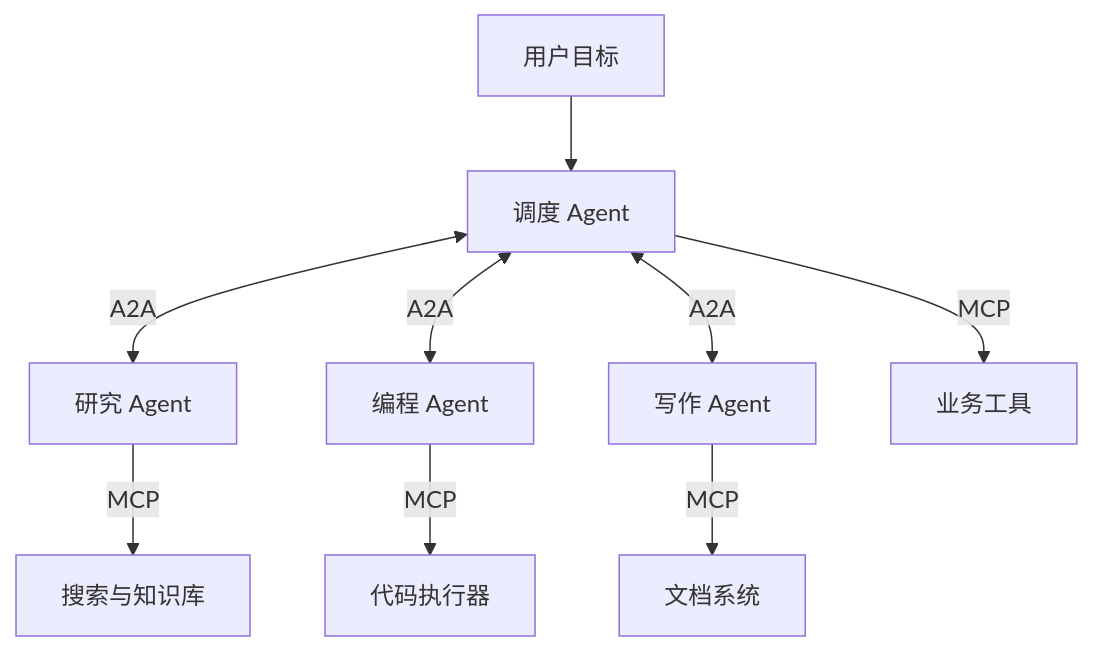
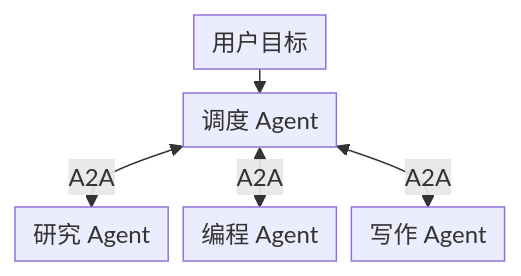
One commit to zongyangbigpolo/awesome-ai-roadmap changed the fourth of 4 diagrams in docs/agent/01-foundations/01-agent-foundations.zh.md. Above: the diagram before and after it, drawn with Mermaid. The commit also changed other lines of this file and 320 other files, not shown here.

First line of the commit message:
Prepare compact bilingual diagrams and centralized references for Kindle RC2

````diff
--- a/docs/agent/01-foundations/01-agent-foundations.zh.md
+++ b/docs/agent/01-foundations/01-agent-foundations.zh.md
@@ -252,13 +270,10 @@
 ```mermaid
+%%{init: {"flowchart": {"nodeSpacing": 10, "rankSpacing": 16, "padding": 6}}}%%
 flowchart TB
-    U[用户目标] --> O[调度 Agent]
+    U["用户目标"] --> O["调度 Agent"]
 
-    O <-->|A2A| R[研究 Agent]
-    O <-->|A2A| C[编程 Agent]
-    O <-->|A2A| W[写作 Agent]
+    O <-->|A2A| R["研究 Agent"]
+    O <-->|A2A| C["编程 Agent"]
+    O <-->|A2A| W["写作 Agent"]
 
-    O -->|MCP| T1[业务工具]
-    R -->|MCP| T2[搜索与知识库]
-    C -->|MCP| T3[代码执行器]
-    W -->|MCP| T4[文档系统]
 ```
````
